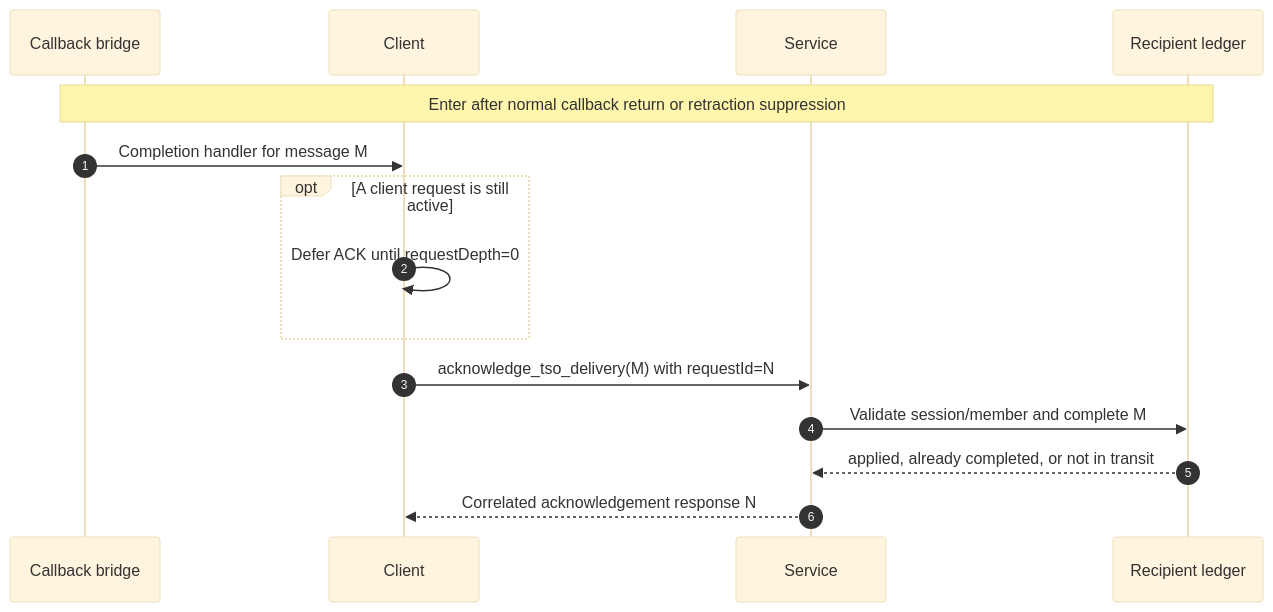
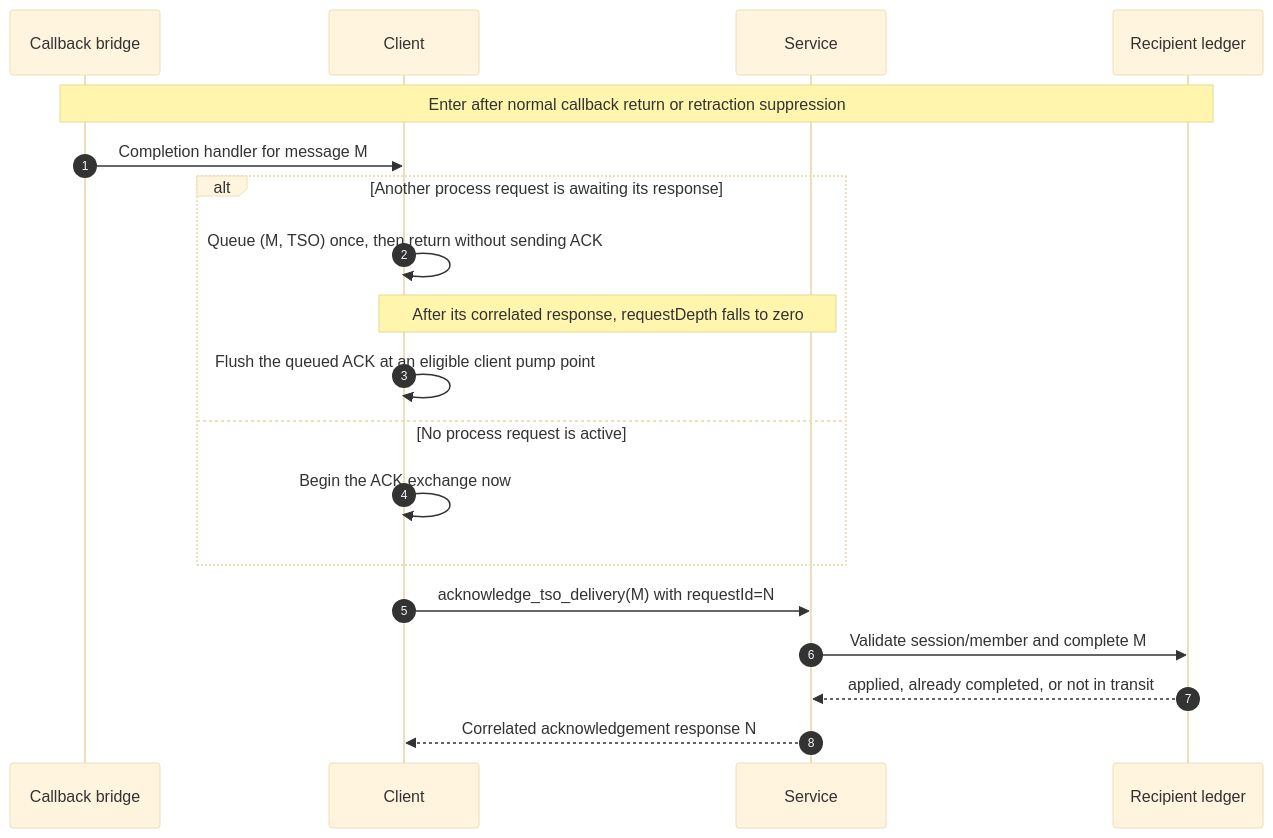
One commit to sheepfling/umbra changed diagram 17 of 20 in docs/design/HLA-2025-PROCESS-ENDPOINT-REQUEST-AND-CALLBACK-FLOW-GUIDE.md. Above: the diagram before and after it, drawn with Mermaid (base theme). The commit also changed other lines of this file and 39 other files, not shown here.

Commit message:
Document IEEE 1516.1-2025 behavior flows

````diff
--- a/docs/design/HLA-2025-PROCESS-ENDPOINT-REQUEST-AND-CALLBACK-FLOW-GUIDE.md
+++ b/docs/design/HLA-2025-PROCESS-ENDPOINT-REQUEST-AND-CALLBACK-FLOW-GUIDE.md
@@ -760,18 +1148,22 @@
 ```mermaid
 sequenceDiagram
     autonumber
     participant B as Callback bridge
     participant C as Client
     participant S as Service
     participant R as Recipient ledger
 
     Note over B,R: Enter after normal callback return or retraction suppression
     B->>C: Completion handler for message M
-    opt A client request is still active
-        C->>C: Defer ACK until requestDepth=0
+    alt Another process request is awaiting its response
+        C->>C: Queue (M, TSO) once, then return without sending ACK
+        Note over C,S: After its correlated response, requestDepth falls to zero
+        C->>C: Flush the queued ACK at an eligible client pump point
+    else No process request is active
+        C->>C: Begin the ACK exchange now
     end
     C->>S: acknowledge_tso_delivery(M) with requestId=N
     S->>R: Validate session/member and complete M
     R-->>S: applied, already completed, or not in transit
     S-->>C: Correlated acknowledgement response N
 ```
````
